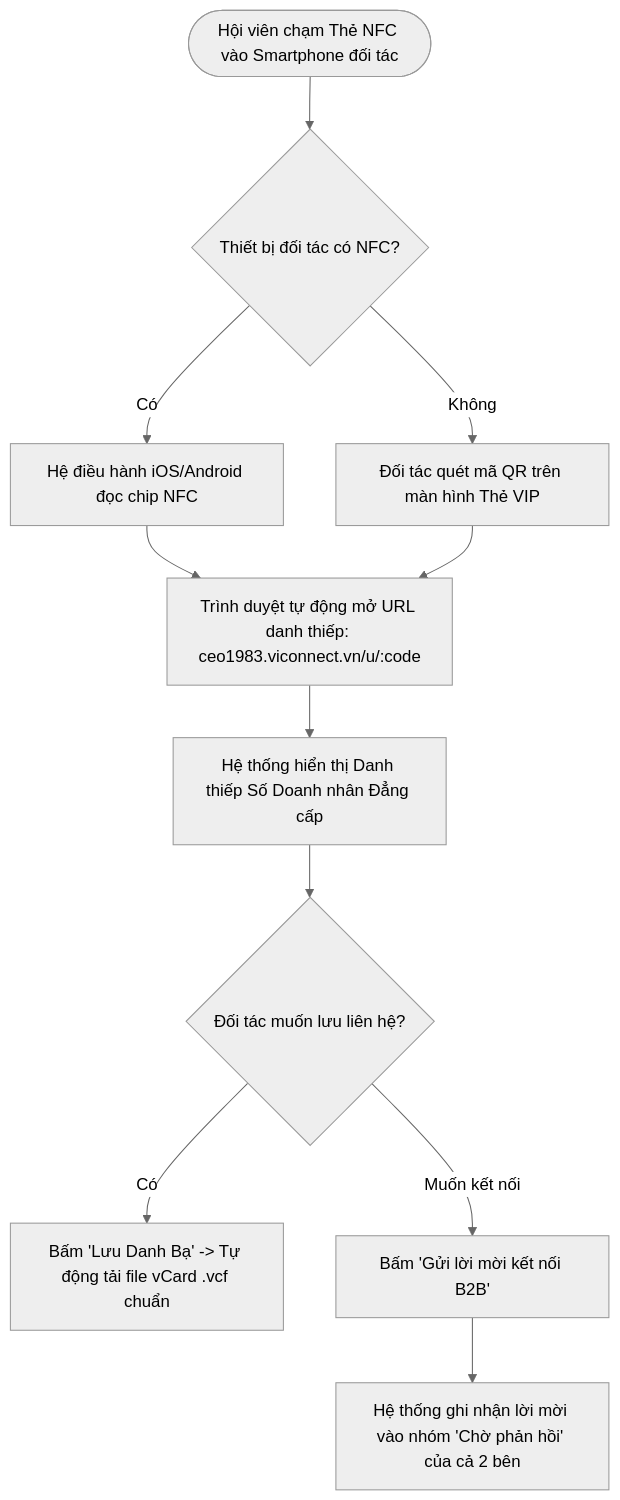
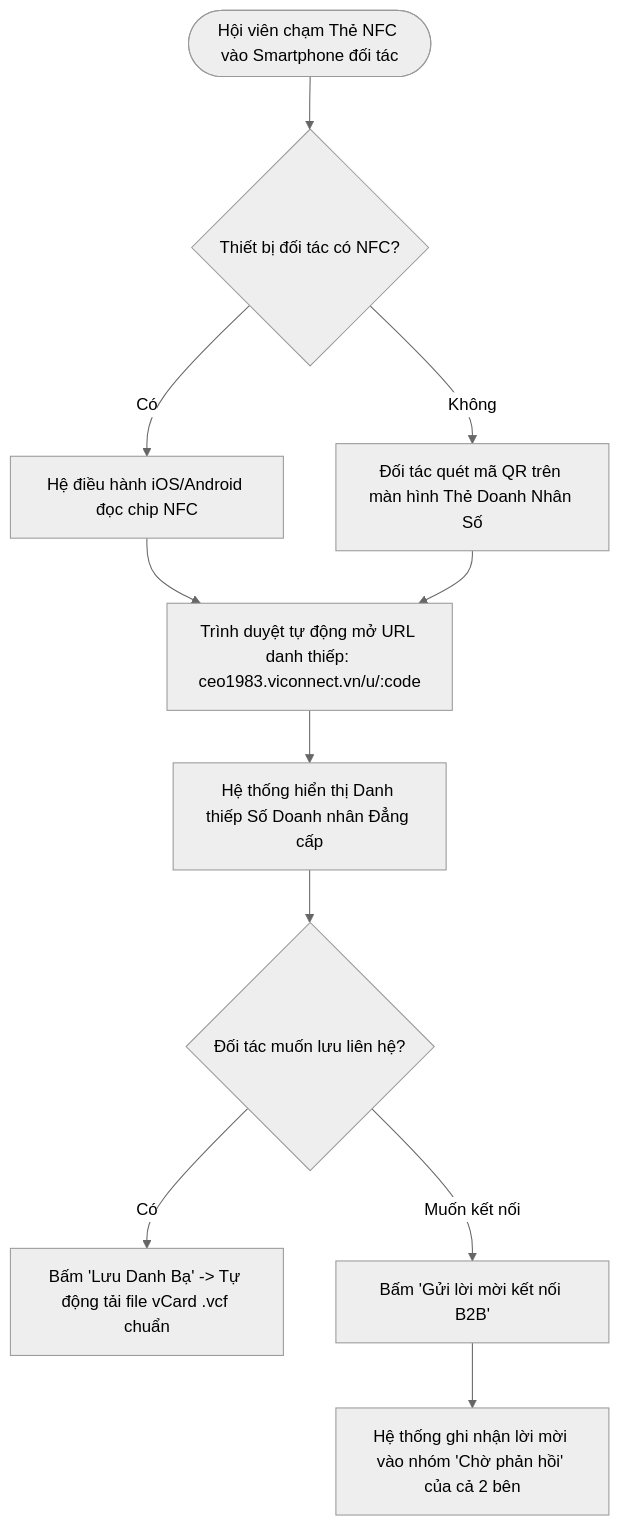
Before and after one commit to viconnect-product-team/ceo1983_project: the second of 12 diagrams in document/BRD_CEO1983_HE_THONG_TOAN_DIEN_V7.md, drawn with Mermaid (neutral theme). The commit also changed other lines of this file and 61 other files, not shown here.

````diff
--- a/document/BRD_CEO1983_HE_THONG_TOAN_DIEN_V7.md
+++ b/document/BRD_CEO1983_HE_THONG_TOAN_DIEN_V7.md
@@ -246,13 +246,13 @@
 ```mermaid
 flowchart TD
   A([Hội viên chạm Thẻ NFC vào Smartphone đối tác]) --> B{Thiết bị đối tác có NFC?}
   B -- Có --> C[Hệ điều hành iOS/Android đọc chip NFC]
-  B -- Không --> D[Đối tác quét mã QR trên màn hình Thẻ VIP]
+  B -- Không --> D[Đối tác quét mã QR trên màn hình Thẻ Doanh Nhân Số]
   C --> E[Trình duyệt tự động mở URL danh thiếp: ceo1983.viconnect.vn/u/:code]
   D --> E
   E --> F[Hệ thống hiển thị Danh thiếp Số Doanh nhân Đẳng cấp]
   F --> G{Đối tác muốn lưu liên hệ?}
   G -- Có --> H[Bấm 'Lưu Danh Bạ' -> Tự động tải file vCard .vcf chuẩn]
   G -- Muốn kết nối --> I[Bấm 'Gửi lời mời kết nối B2B']
   I --> J[Hệ thống ghi nhận lời mời vào nhóm 'Chờ phản hồi' của cả 2 bên]
 ```
````
